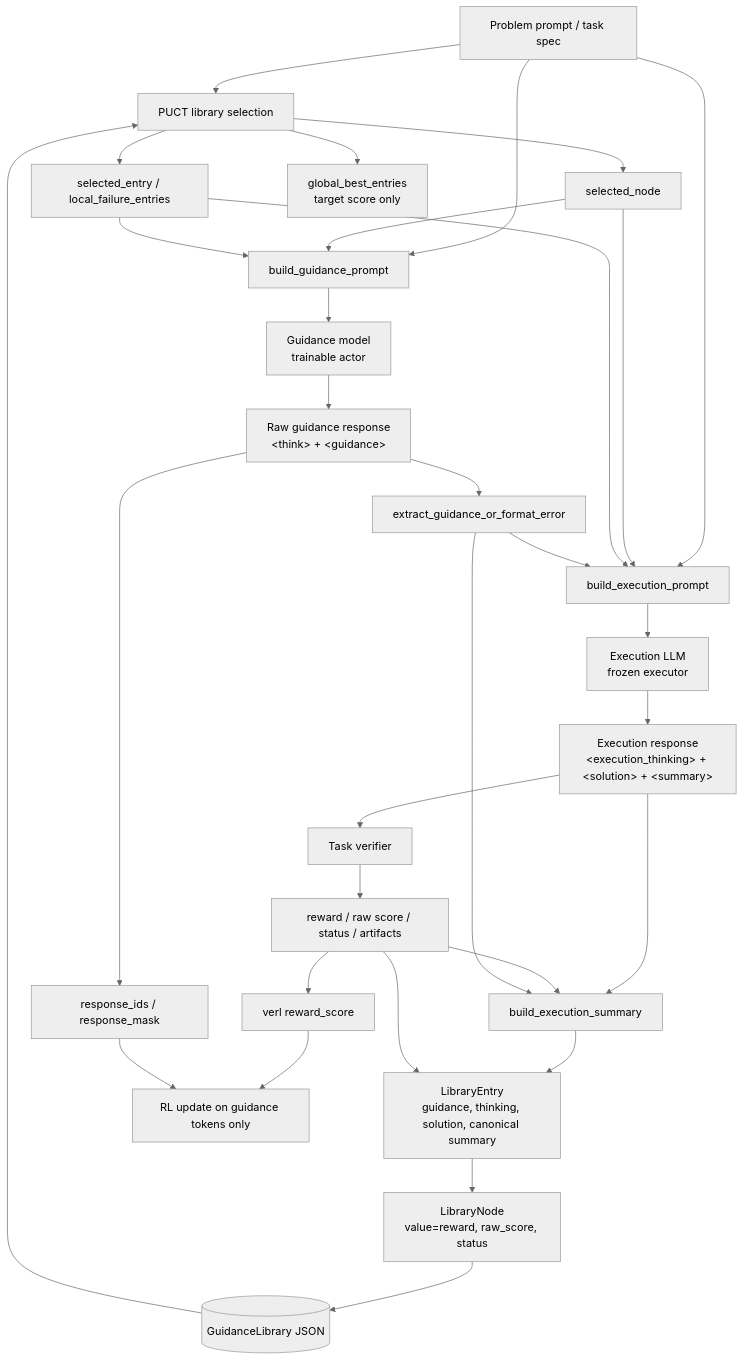
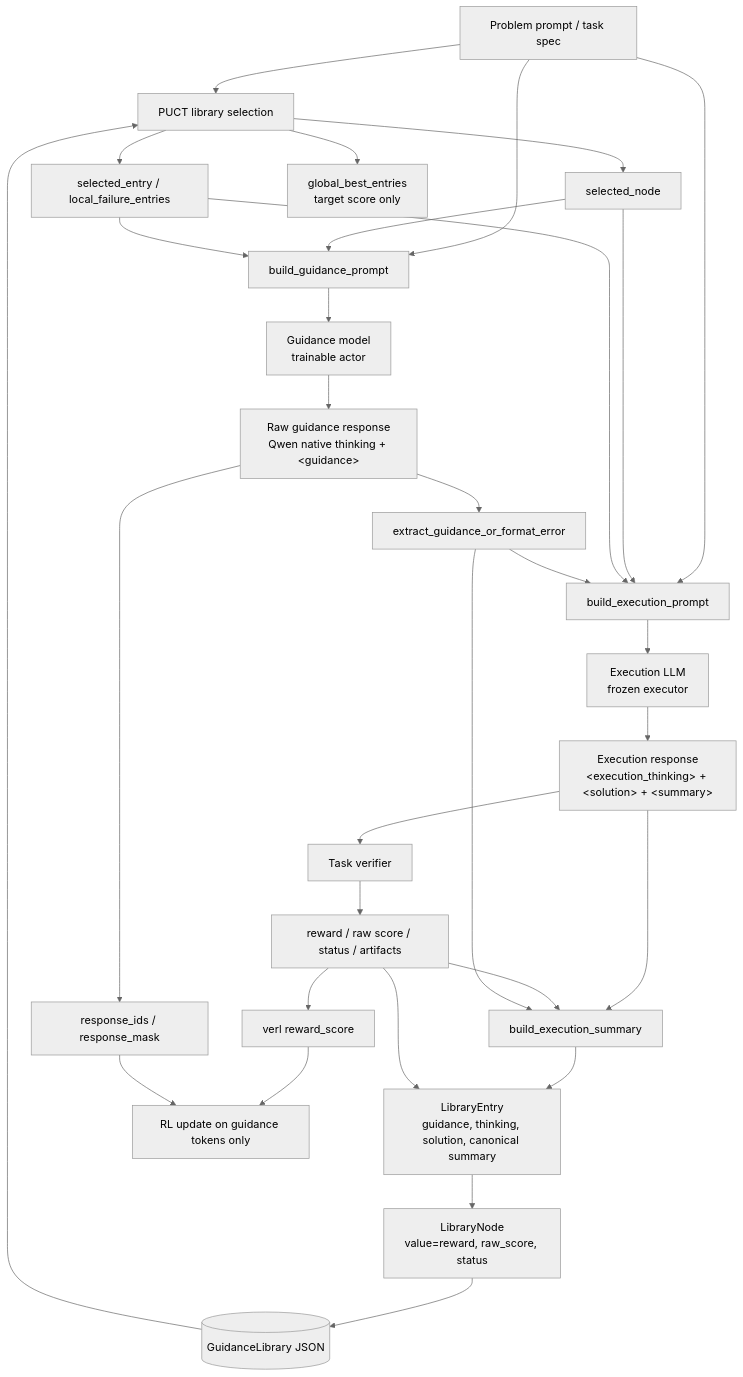
Before and after one commit to Chonghe-Jiang/open-ttt-verl: the diagram in docs/guidance_ttt_prompts.md, drawn with Mermaid (neutral theme). The commit also changed other lines of this file and 27 other files, not shown here.

````diff
--- a/docs/guidance_ttt_prompts.md
+++ b/docs/guidance_ttt_prompts.md
@@ -18,39 +18,39 @@
 ```mermaid
 flowchart TD
     A[Problem prompt / task spec] --> C[PUCT library selection]
     B[(GuidanceLibrary JSON)] --> C
 
     C --> D[selected_node]
     C --> E[selected_entry / local_failure_entries]
     C --> X[global_best_entries<br/>target score only]
 
     A --> F[build_guidance_prompt]
     D --> F
     E --> F
     F --> G[Guidance model<br/>trainable actor]
-    G --> H[Raw guidance response<br/>&lt;think&gt; + &lt;guidance&gt;]
+    G --> H[Raw guidance response<br/>Qwen native thinking + &lt;guidance&gt;]
     H --> I[extract_guidance_or_format_error]
 
     A --> J[build_execution_prompt]
     D --> J
     E --> J
     I --> J
     J --> K[Execution LLM<br/>frozen executor]
     K --> L[Execution response<br/>&lt;execution_thinking&gt; + &lt;solution&gt; + &lt;summary&gt;]
 
     L --> M[Task verifier]
     M --> N[reward / raw score / status / artifacts]
     L --> O[build_execution_summary]
     N --> O
     I --> O
 
     O --> P[LibraryEntry<br/>guidance, thinking, solution, canonical summary]
     N --> P
     P --> Q[LibraryNode<br/>value=reward, raw_score, status]
     Q --> B
 
     N --> R[verl reward_score]
     H --> S[response_ids / response_mask]
     R --> T[RL update on guidance tokens only]
     S --> T
 ```
````
